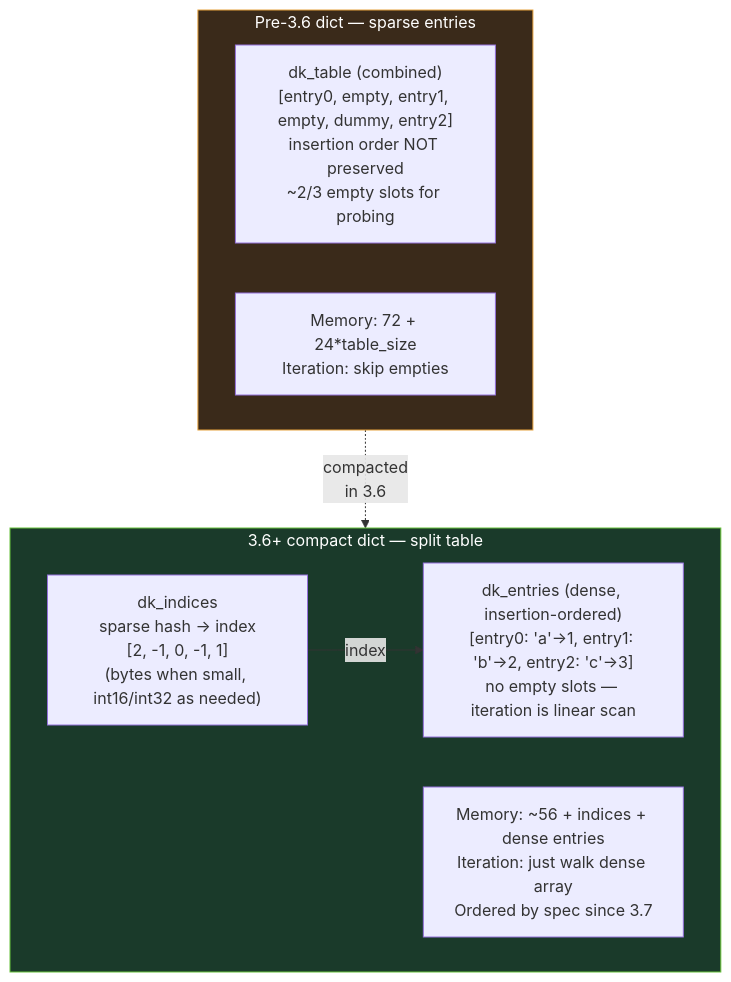
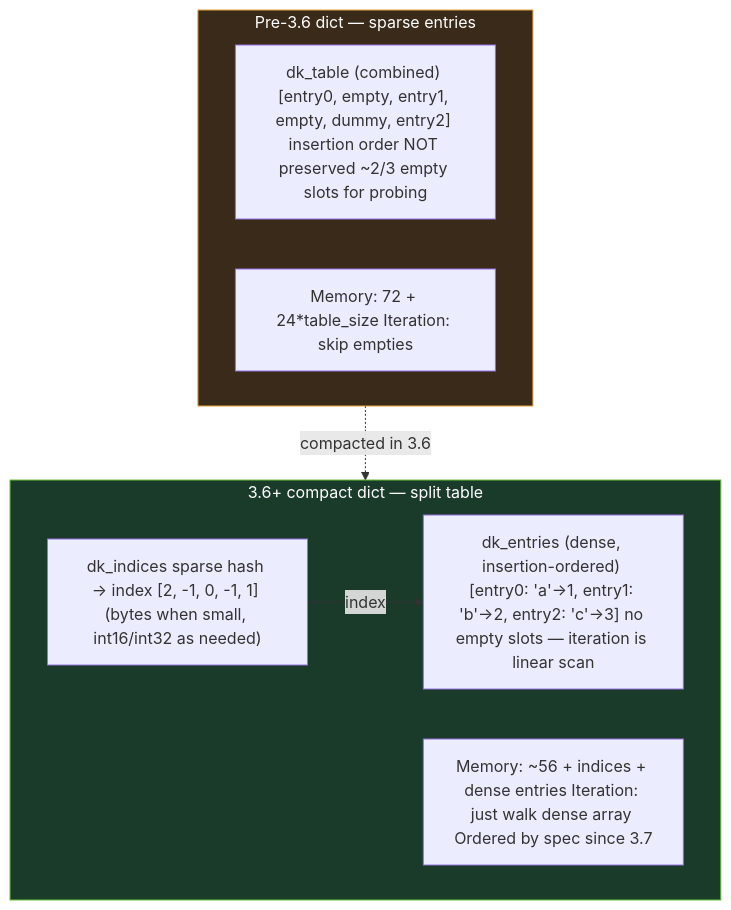
Before and after one commit to bumbsclaw/textbooks: the fifth of 8 diagrams in vol-16-python-cpython-internals/ch02-objects-refcount.md, drawn with Mermaid. The commit also changed other lines of this file and 9 other files, not shown here.

First line of the commit message:
fix(pdf, mermaid): syntax-highlighted code blocks + diagram label fixes

````diff
--- a/vol-16-python-cpython-internals/ch02-objects-refcount.md
+++ b/vol-16-python-cpython-internals/ch02-objects-refcount.md
@@ -707,19 +707,19 @@
 ```mermaid
 flowchart TB
     subgraph OLD["Pre-3.6 dict — sparse entries"]
-        OLD_TBL["dk_table (combined)<br/>[entry0, empty, entry1, empty, dummy, entry2]<br/>insertion order NOT preserved<br/>~2/3 empty slots for probing"]
-        OLD_MEM["Memory: 72 + 24*table_size<br/>Iteration: skip empties"]
+        OLD_TBL["dk_table (combined) [entry0, empty, entry1, empty, dummy, entry2] insertion order NOT preserved ~2/3 empty slots for probing"]
+        OLD_MEM["Memory: 72 + 24*table_size Iteration: skip empties"]
     end
 
     subgraph NEW["3.6+ compact dict — split table"]
-        DK["dk_indices<br/>sparse hash → index<br/>[2, -1, 0, -1, 1]<br/>(bytes when small, int16/int32 as needed)"]
-        ENTRIES["dk_entries (dense, insertion-ordered)<br/>[entry0: 'a'→1, entry1: 'b'→2, entry2: 'c'→3]<br/>no empty slots — iteration is linear scan"]
+        DK["dk_indices sparse hash → index [2, -1, 0, -1, 1] (bytes when small, int16/int32 as needed)"]
+        ENTRIES["dk_entries (dense, insertion-ordered) [entry0: 'a'→1, entry1: 'b'→2, entry2: 'c'→3] no empty slots — iteration is linear scan"]
         DK -->|index| ENTRIES
-        NEW_MEM["Memory: ~56 + indices + dense entries<br/>Iteration: just walk dense array<br/>Ordered by spec since 3.7"]
+        NEW_MEM["Memory: ~56 + indices + dense entries Iteration: just walk dense array Ordered by spec since 3.7"]
     end
 
-    OLD -.->|compacted<br/>in 3.6| NEW
+    OLD -.->|compacted in 3.6| NEW
 
     style NEW fill:#1a3a2a,stroke:#67c23a,color:#fff
     style OLD fill:#3a2a1a,stroke:#e6a23c,color:#fff
 ```
````
